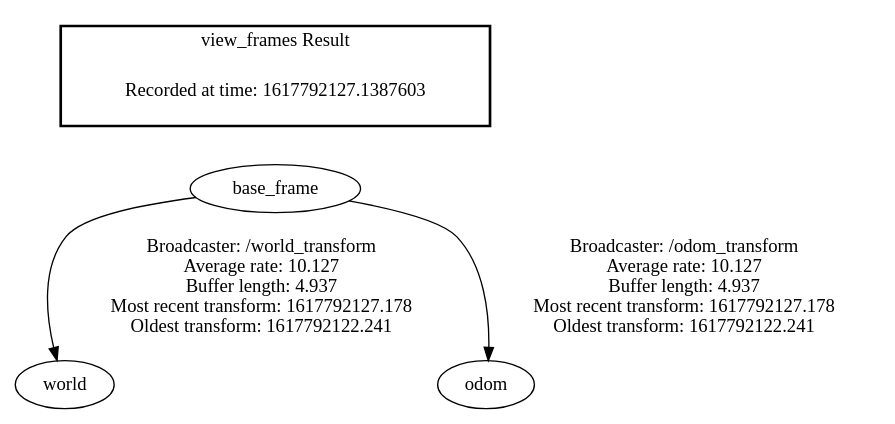
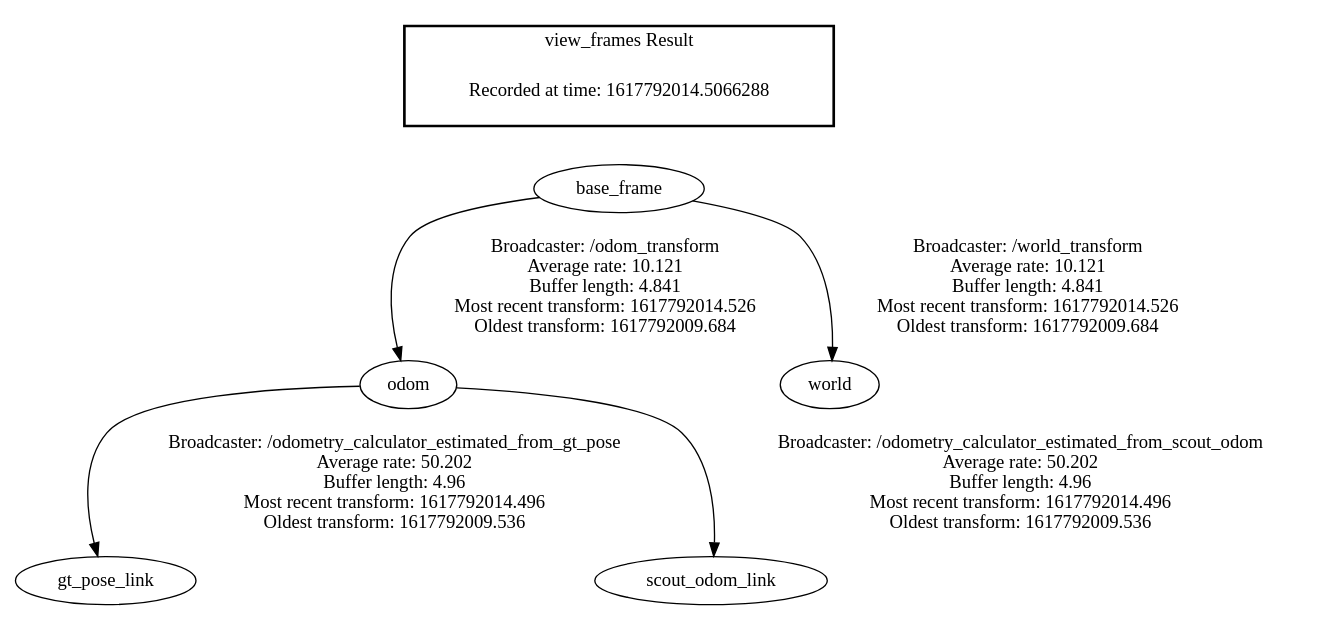
Before and after one commit to malta895/robotics_project_2021: the diagram in frames.gv, drawn with Graphviz. The commit also changed 3 other files, not shown here.

```diff
--- a/frames.gv
+++ b/frames.gv
@@ -1,8 +1,10 @@
 digraph G {
-"base_frame" -> "world"[label=" Broadcaster: /world_transform\nAverage rate: 10.127\nBuffer length: 4.937\nMost recent transform: 1617792127.178\nOldest transform: 1617792122.241\n"];
-"base_frame" -> "odom"[label=" Broadcaster: /odom_transform\nAverage rate: 10.127\nBuffer length: 4.937\nMost recent transform: 1617792127.178\nOldest transform: 1617792122.241\n"];
+"odom" -> "gt_pose_link"[label=" Broadcaster: /odometry_calculator_estimated_from_gt_pose\nAverage rate: 50.202\nBuffer length: 4.96\nMost recent transform: 1617792014.496\nOldest transform: 1617792009.536\n"];
+"base_frame" -> "odom"[label=" Broadcaster: /odom_transform\nAverage rate: 10.121\nBuffer length: 4.841\nMost recent transform: 1617792014.526\nOldest transform: 1617792009.684\n"];
+"odom" -> "scout_odom_link"[label=" Broadcaster: /odometry_calculator_estimated_from_scout_odom\nAverage rate: 50.202\nBuffer length: 4.96\nMost recent transform: 1617792014.496\nOldest transform: 1617792009.536\n"];
+"base_frame" -> "world"[label=" Broadcaster: /world_transform\nAverage rate: 10.121\nBuffer length: 4.841\nMost recent transform: 1617792014.526\nOldest transform: 1617792009.684\n"];
 edge [style=invis];
  subgraph cluster_legend { style=bold; color=black; label ="view_frames Result";
-"Recorded at time: 1617792127.1387603"[ shape=plaintext ] ;
+"Recorded at time: 1617792014.5066288"[ shape=plaintext ] ;
 }->"base_frame";
 }
```
